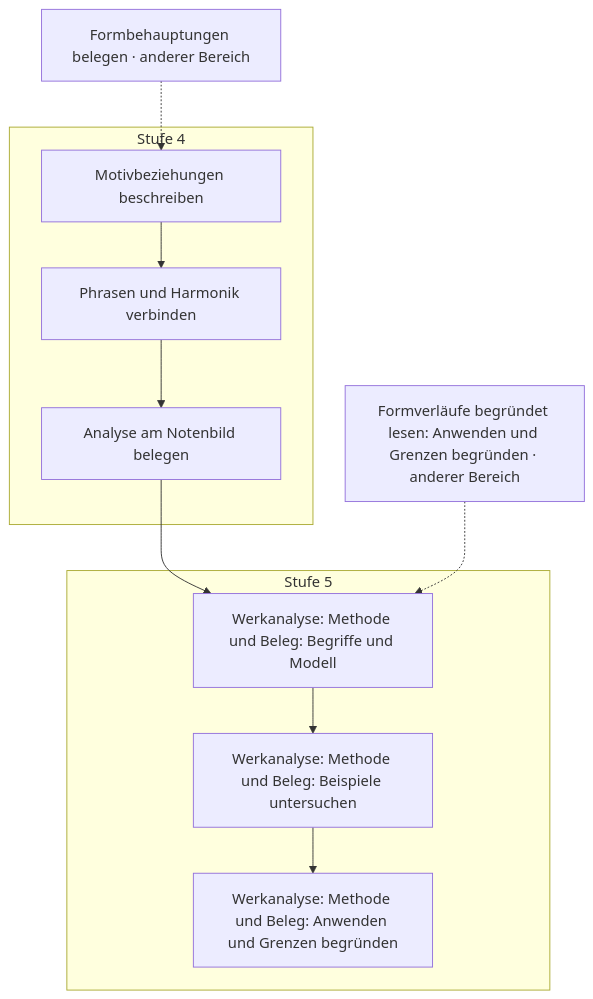
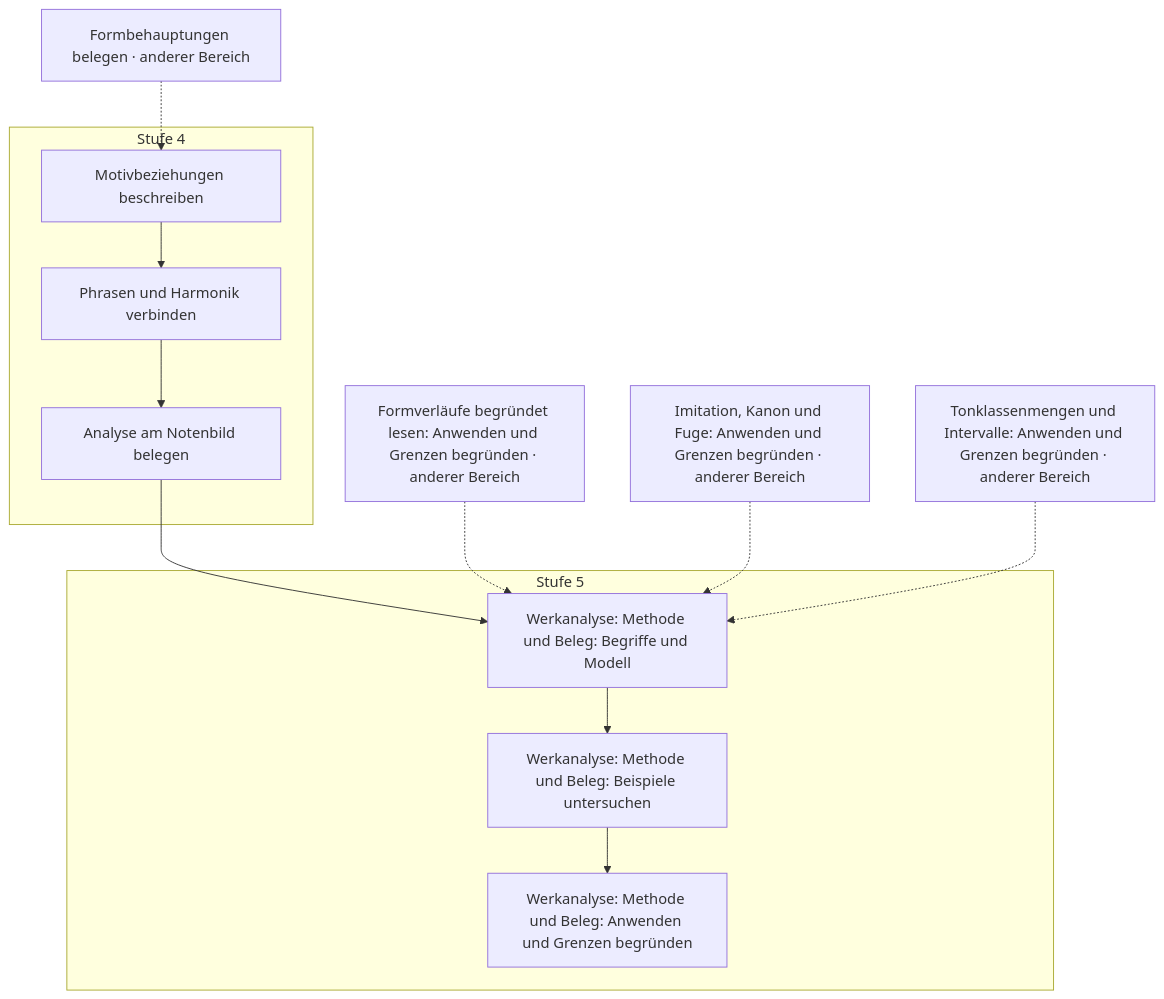
Diagram 15 of 19 in docs/plan/faehigkeitsgraph-diagramme.md (PhiFa96/harmonia), drawn with Mermaid before and after one commit. The commit also changed other lines of this file and 3 other files, not shown here.

````diff
--- a/docs/plan/faehigkeitsgraph-diagramme.md
+++ b/docs/plan/faehigkeitsgraph-diagramme.md
@@ -1114,22 +1116,26 @@
 ```mermaid
 flowchart TD
   subgraph level4["Stufe 4"]
     s147["Motivbeziehungen beschreiben"]
     s148["Phrasen und Harmonik verbinden"]
     s149["Analyse am Notenbild belegen"]
   end
   subgraph level5["Stufe 5"]
-    s184["Werkanalyse: Methode und Beleg: Begriffe und Modell"]
-    s185["Werkanalyse: Methode und Beleg: Beispiele untersuchen"]
-    s186["Werkanalyse: Methode und Beleg: Anwenden und Grenzen begründen"]
+    s190["Werkanalyse: Methode und Beleg: Begriffe und Modell"]
+    s191["Werkanalyse: Methode und Beleg: Beispiele untersuchen"]
+    s192["Werkanalyse: Methode und Beleg: Anwenden und Grenzen begründen"]
   end
   s146["Formbehauptungen belegen · anderer Bereich"]
   s183["Formverläufe begründet lesen: Anwenden und Grenzen begründen · anderer Bereich"]
+  s180["Imitation, Kanon und Fuge: Anwenden und Grenzen begründen · anderer Bereich"]
+  s189["Tonklassenmengen und Intervalle: Anwenden und Grenzen begründen · anderer Bereich"]
   s146 -.-> s147
   s147 --> s148
   s148 --> s149
-  s149 --> s184
-  s183 -.-> s184
-  s184 --> s185
-  s185 --> s186
+  s149 --> s190
+  s183 -.-> s190
+  s180 -.-> s190
+  s189 -.-> s190
+  s190 --> s191
+  s191 --> s192
 ```
````
